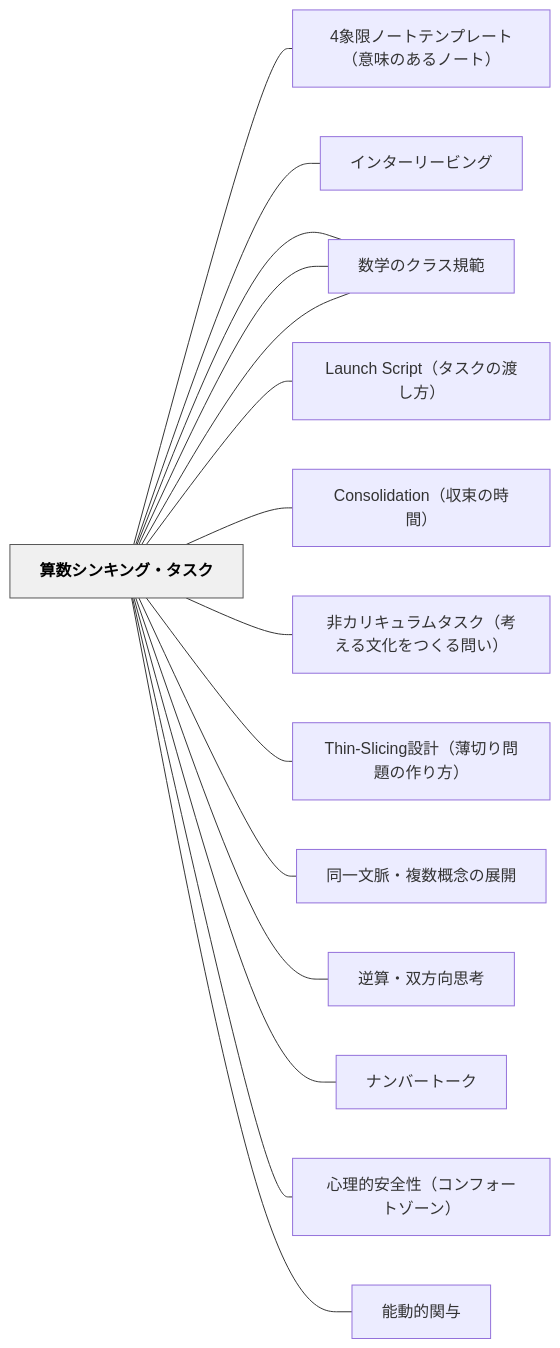
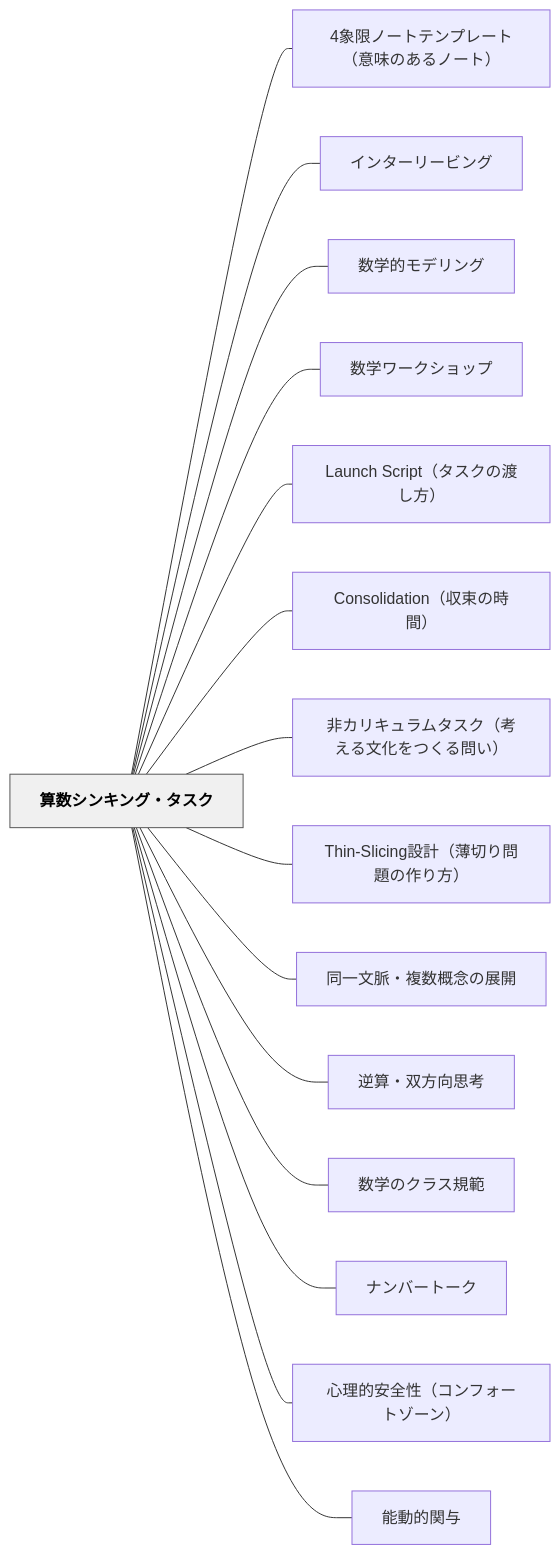
One commit to unknownthings-ed-patterns/unknownthings-ed-patterns changed the diagram in content/パタン/算数シンキング・タスク.md. Above: the diagram before and after it, drawn with Mermaid. The commit also changed 527 other files, not shown here.

````diff
--- a/content/パタン/算数シンキング・タスク.md
+++ b/content/パタン/算数シンキング・タスク.md
@@ -155,36 +155,36 @@
 ```mermaid
 flowchart LR
-    ne7ae97e695b0["算数シンキング・タスク"]
-    n34e8b1a1e999["4象限ノートテンプレート（意味のあるノート）"]
-    ne382a4e383b3["インターリービング"]
-    ne695b0e5ada6["数学的モデリング"]
-    ne695b0e5ada6["数学ワークショップ"]
-    n4c61756e6368["Launch Script（タスクの渡し方）"]
-    n436f6e736f6c["Consolidation（収束の時間）"]
-    ne99d9ee382ab["非カリキュラムタスク（考える文化をつくる問い）"]
-    n5468696e2d53["Thin-Slicing設計（薄切り問題の作り方）"]
-    ne5908ce4b880["同一文脈・複数概念の展開"]
-    ne98086e7ae97["逆算・双方向思考"]
-    ne695b0e5ada6["数学のクラス規範"]
-    ne3838ae383b3["ナンバートーク"]
-    ne5bf83e79086["心理的安全性（コンフォートゾーン）"]
-    ne883bde58b95["能動的関与"]
+    ne7ae97e695b0e382b7e383b3e382ade383b3e382b0e383bbe382bfe382b9e382af["算数シンキング・タスク"]
+    n34e8b1a1e99990e3838ee383bce38388e38386e383b3e38397e383ace383bce38388efbc88e6848fe591b3e381aee38182e3828be3838ee383bce38388efbc89["4象限ノートテンプレート（意味のあるノート）"]
+    ne382a4e383b3e382bfe383bce383aae383bce38393e383b3e382b0["インターリービング"]
+    ne695b0e5ada6e79a84e383a2e38387e383aae383b3e382b0["数学的モデリング"]
+    ne695b0e5ada6e383afe383bce382afe382b7e383a7e38383e38397["数学ワークショップ"]
+    n4c61756e636820536372697074efbc88e382bfe382b9e382afe381aee6b8a1e38197e696b9efbc89["Launch Script（タスクの渡し方）"]
+    n436f6e736f6c69646174696f6eefbc88e58f8ee69d9fe381aee69982e99693efbc89["Consolidation（収束の時間）"]
+    ne99d9ee382abe383aae382ade383a5e383a9e383a0e382bfe382b9e382afefbc88e88083e38188e3828be69687e58c96e38292e381a4e3818fe3828be5958fe38184efbc89["非カリキュラムタスク（考える文化をつくる問い）"]
+    n5468696e2d536c6963696e67e8a8ade8a888efbc88e89684e58887e3828ae5958fe9a18ce381aee4bd9ce3828ae696b9efbc89["Thin-Slicing設計（薄切り問題の作り方）"]
+    ne5908ce4b880e69687e88488e383bbe8a487e695b0e6a682e5bfb5e381aee5b195e9968b["同一文脈・複数概念の展開"]
+    ne98086e7ae97e383bbe58f8ce696b9e59091e6809de88083["逆算・双方向思考"]
+    ne695b0e5ada6e381aee382afe383a9e382b9e8a68fe7af84["数学のクラス規範"]
+    ne3838ae383b3e38390e383bce38388e383bce382af["ナンバートーク"]
+    ne5bf83e79086e79a84e5ae89e585a8e680a7efbc88e382b3e383b3e38395e382a9e383bce38388e382bee383bce383b3efbc89["心理的安全性（コンフォートゾーン）"]
+    ne883bde58b95e79a84e996a2e4b88e["能動的関与"]
 
-    ne7ae97e695b0 --- n34e8b1a1e999
-    ne7ae97e695b0 --- ne382a4e383b3
-    ne7ae97e695b0 --- ne695b0e5ada6
-    ne7ae97e695b0 --- ne695b0e5ada6
-    ne7ae97e695b0 --- n4c61756e6368
-    ne7ae97e695b0 --- n436f6e736f6c
-    ne7ae97e695b0 --- ne99d9ee382ab
-    ne7ae97e695b0 --- n5468696e2d53
-    ne7ae97e695b0 --- ne5908ce4b880
-    ne7ae97e695b0 --- ne98086e7ae97
-    ne7ae97e695b0 --- ne695b0e5ada6
-    ne7ae97e695b0 --- ne3838ae383b3
-    ne7ae97e695b0 --- ne5bf83e79086
-    ne7ae97e695b0 --- ne883bde58b95
+    ne7ae97e695b0e382b7e383b3e382ade383b3e382b0e383bbe382bfe382b9e382af --- n34e8b1a1e99990e3838ee383bce38388e38386e383b3e38397e383ace383bce38388efbc88e6848fe591b3e381aee38182e3828be3838ee383bce38388efbc89
+    ne7ae97e695b0e382b7e383b3e382ade383b3e382b0e383bbe382bfe382b9e382af --- ne382a4e383b3e382bfe383bce383aae383bce38393e383b3e382b0
+    ne7ae97e695b0e382b7e383b3e382ade383b3e382b0e383bbe382bfe382b9e382af --- ne695b0e5ada6e79a84e383a2e38387e383aae383b3e382b0
+    ne7ae97e695b0e382b7e383b3e382ade383b3e382b0e383bbe382bfe382b9e382af --- ne695b0e5ada6e383afe383bce382afe382b7e383a7e38383e38397
+    ne7ae97e695b0e382b7e383b3e382ade383b3e382b0e383bbe382bfe382b9e382af --- n4c61756e636820536372697074efbc88e382bfe382b9e382afe381aee6b8a1e38197e696b9efbc89
+    ne7ae97e695b0e382b7e383b3e382ade383b3e382b0e383bbe382bfe382b9e382af --- n436f6e736f6c69646174696f6eefbc88e58f8ee69d9fe381aee69982e99693efbc89
+    ne7ae97e695b0e382b7e383b3e382ade383b3e382b0e383bbe382bfe382b9e382af --- ne99d9ee382abe383aae382ade383a5e383a9e383a0e382bfe382b9e382afefbc88e88083e38188e3828be69687e58c96e38292e381a4e3818fe3828be5958fe38184efbc89
+    ne7ae97e695b0e382b7e383b3e382ade383b3e382b0e383bbe382bfe382b9e382af --- n5468696e2d536c6963696e67e8a8ade8a888efbc88e89684e58887e3828ae5958fe9a18ce381aee4bd9ce3828ae696b9efbc89
+    ne7ae97e695b0e382b7e383b3e382ade383b3e382b0e383bbe382bfe382b9e382af --- ne5908ce4b880e69687e88488e383bbe8a487e695b0e6a682e5bfb5e381aee5b195e9968b
+    ne7ae97e695b0e382b7e383b3e382ade383b3e382b0e383bbe382bfe382b9e382af --- ne98086e7ae97e383bbe58f8ce696b9e59091e6809de88083
+    ne7ae97e695b0e382b7e383b3e382ade383b3e382b0e383bbe382bfe382b9e382af --- ne695b0e5ada6e381aee382afe383a9e382b9e8a68fe7af84
+    ne7ae97e695b0e382b7e383b3e382ade383b3e382b0e383bbe382bfe382b9e382af --- ne3838ae383b3e38390e383bce38388e383bce382af
+    ne7ae97e695b0e382b7e383b3e382ade383b3e382b0e383bbe382bfe382b9e382af --- ne5bf83e79086e79a84e5ae89e585a8e680a7efbc88e382b3e383b3e38395e382a9e383bce38388e382bee383bce383b3efbc89
+    ne7ae97e695b0e382b7e383b3e382ade383b3e382b0e383bbe382bfe382b9e382af --- ne883bde58b95e79a84e996a2e4b88e
 
     classDef hub fill:#f0f0f0,stroke:#555,color:#000,font-weight:bold
-    class ne7ae97e695b0 hub
+    class ne7ae97e695b0e382b7e383b3e382ade383b3e382b0e383bbe382bfe382b9e382af hub
 ```
````
